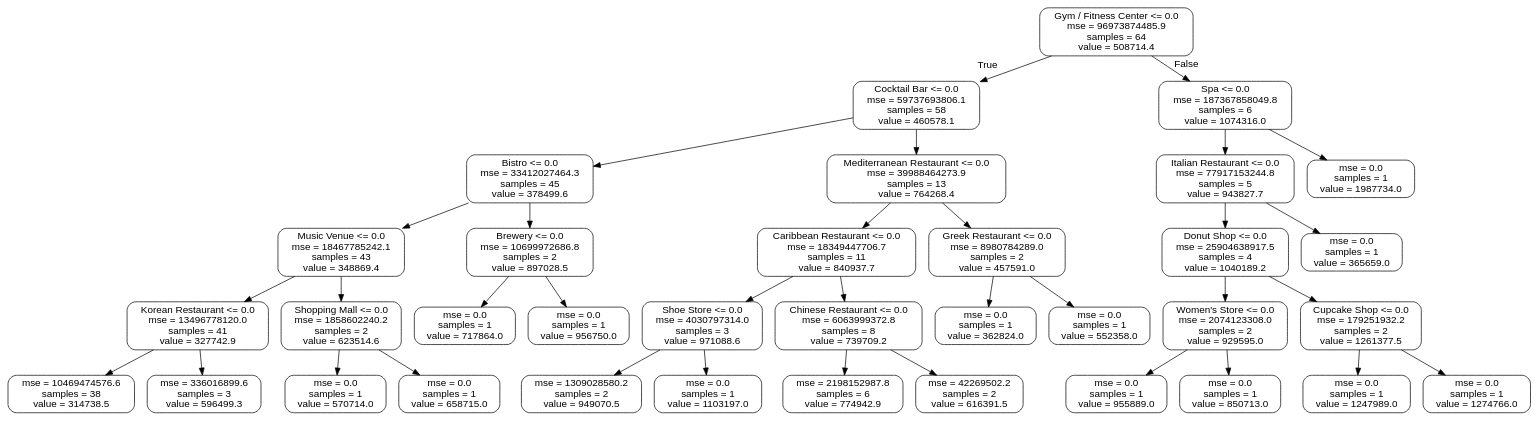
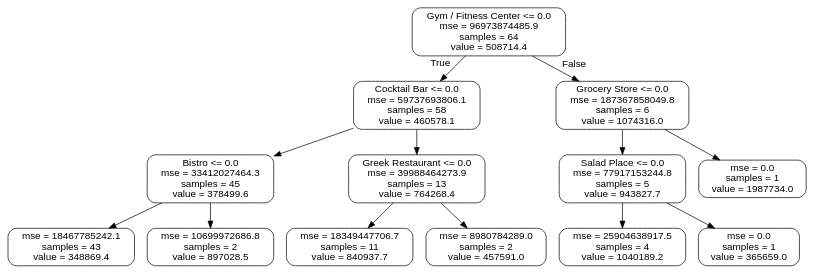
One commit to allaccountstaken/predicting_urban_home_values changed the diagram in benchmark_price_tree.dot. Above: the diagram before and after it, drawn with Graphviz. The commit also changed 18 other files, not shown here.

```diff
--- a/benchmark_price_tree.dot
+++ b/benchmark_price_tree.dot
@@ -1,73 +1,29 @@
 digraph Tree {
 node [shape=box, style="rounded", color="black", fontname=helvetica] ;
 edge [fontname=helvetica] ;
 0 [label="Gym / Fitness Center <= 0.0\nmse = 96973874485.9\nsamples = 64\nvalue = 508714.4"] ;
 1 [label="Cocktail Bar <= 0.0\nmse = 59737693806.1\nsamples = 58\nvalue = 460578.1"] ;
 0 -> 1 [labeldistance=2.5, labelangle=45, headlabel="True"] ;
 2 [label="Bistro <= 0.0\nmse = 33412027464.3\nsamples = 45\nvalue = 378499.6"] ;
 1 -> 2 ;
-3 [label="Music Venue <= 0.0\nmse = 18467785242.1\nsamples = 43\nvalue = 348869.4"] ;
+3 [label="mse = 18467785242.1\nsamples = 43\nvalue = 348869.4"] ;
 2 -> 3 ;
-4 [label="Korean Restaurant <= 0.0\nmse = 13496778120.0\nsamples = 41\nvalue = 327742.9"] ;
-3 -> 4 ;
-5 [label="mse = 10469474576.6\nsamples = 38\nvalue = 314738.5"] ;
-4 -> 5 ;
-6 [label="mse = 336016899.6\nsamples = 3\nvalue = 596499.3"] ;
-4 -> 6 ;
-7 [label="Shopping Mall <= 0.0\nmse = 1858602240.2\nsamples = 2\nvalue = 623514.6"] ;
-3 -> 7 ;
-8 [label="mse = 0.0\nsamples = 1\nvalue = 570714.0"] ;
-7 -> 8 ;
-9 [label="mse = 0.0\nsamples = 1\nvalue = 658715.0"] ;
-7 -> 9 ;
-10 [label="Brewery <= 0.0\nmse = 10699972686.8\nsamples = 2\nvalue = 897028.5"] ;
-2 -> 10 ;
-11 [label="mse = 0.0\nsamples = 1\nvalue = 717864.0"] ;
-10 -> 11 ;
-12 [label="mse = 0.0\nsamples = 1\nvalue = 956750.0"] ;
-10 -> 12 ;
-13 [label="Mediterranean Restaurant <= 0.0\nmse = 39988464273.9\nsamples = 13\nvalue = 764268.4"] ;
-1 -> 13 ;
-14 [label="Caribbean Restaurant <= 0.0\nmse = 18349447706.7\nsamples = 11\nvalue = 840937.7"] ;
-13 -> 14 ;
-15 [label="Shoe Store <= 0.0\nmse = 4030797314.0\nsamples = 3\nvalue = 971088.6"] ;
-14 -> 15 ;
-16 [label="mse = 1309028580.2\nsamples = 2\nvalue = 949070.5"] ;
-15 -> 16 ;
-17 [label="mse = 0.0\nsamples = 1\nvalue = 1103197.0"] ;
-15 -> 17 ;
-18 [label="Chinese Restaurant <= 0.0\nmse = 6063999372.8\nsamples = 8\nvalue = 739709.2"] ;
-14 -> 18 ;
-19 [label="mse = 2198152987.8\nsamples = 6\nvalue = 774942.9"] ;
-18 -> 19 ;
-20 [label="mse = 42269502.2\nsamples = 2\nvalue = 616391.5"] ;
-18 -> 20 ;
-21 [label="Greek Restaurant <= 0.0\nmse = 8980784289.0\nsamples = 2\nvalue = 457591.0"] ;
-13 -> 21 ;
-22 [label="mse = 0.0\nsamples = 1\nvalue = 362824.0"] ;
-21 -> 22 ;
-23 [label="mse = 0.0\nsamples = 1\nvalue = 552358.0"] ;
-21 -> 23 ;
-24 [label="Spa <= 0.0\nmse = 187367858049.8\nsamples = 6\nvalue = 1074316.0"] ;
-0 -> 24 [labeldistance=2.5, labelangle=-45, headlabel="False"] ;
-25 [label="Italian Restaurant <= 0.0\nmse = 77917153244.8\nsamples = 5\nvalue = 943827.7"] ;
-24 -> 25 ;
-26 [label="Donut Shop <= 0.0\nmse = 25904638917.5\nsamples = 4\nvalue = 1040189.2"] ;
-25 -> 26 ;
-27 [label="Women's Store <= 0.0\nmse = 2074123308.0\nsamples = 2\nvalue = 929595.0"] ;
-26 -> 27 ;
-28 [label="mse = 0.0\nsamples = 1\nvalue = 955889.0"] ;
-27 -> 28 ;
-29 [label="mse = 0.0\nsamples = 1\nvalue = 850713.0"] ;
-27 -> 29 ;
-30 [label="Cupcake Shop <= 0.0\nmse = 179251932.2\nsamples = 2\nvalue = 1261377.5"] ;
-26 -> 30 ;
-31 [label="mse = 0.0\nsamples = 1\nvalue = 1247989.0"] ;
-30 -> 31 ;
-32 [label="mse = 0.0\nsamples = 1\nvalue = 1274766.0"] ;
-30 -> 32 ;
-33 [label="mse = 0.0\nsamples = 1\nvalue = 365659.0"] ;
-25 -> 33 ;
-34 [label="mse = 0.0\nsamples = 1\nvalue = 1987734.0"] ;
-24 -> 34 ;
+4 [label="mse = 10699972686.8\nsamples = 2\nvalue = 897028.5"] ;
+2 -> 4 ;
+5 [label="Greek Restaurant <= 0.0\nmse = 39988464273.9\nsamples = 13\nvalue = 764268.4"] ;
+1 -> 5 ;
+6 [label="mse = 18349447706.7\nsamples = 11\nvalue = 840937.7"] ;
+5 -> 6 ;
+7 [label="mse = 8980784289.0\nsamples = 2\nvalue = 457591.0"] ;
+5 -> 7 ;
+8 [label="Grocery Store <= 0.0\nmse = 187367858049.8\nsamples = 6\nvalue = 1074316.0"] ;
+0 -> 8 [labeldistance=2.5, labelangle=-45, headlabel="False"] ;
+9 [label="Salad Place <= 0.0\nmse = 77917153244.8\nsamples = 5\nvalue = 943827.7"] ;
+8 -> 9 ;
+10 [label="mse = 25904638917.5\nsamples = 4\nvalue = 1040189.2"] ;
+9 -> 10 ;
+11 [label="mse = 0.0\nsamples = 1\nvalue = 365659.0"] ;
+9 -> 11 ;
+12 [label="mse = 0.0\nsamples = 1\nvalue = 1987734.0"] ;
+8 -> 12 ;
 }
```
